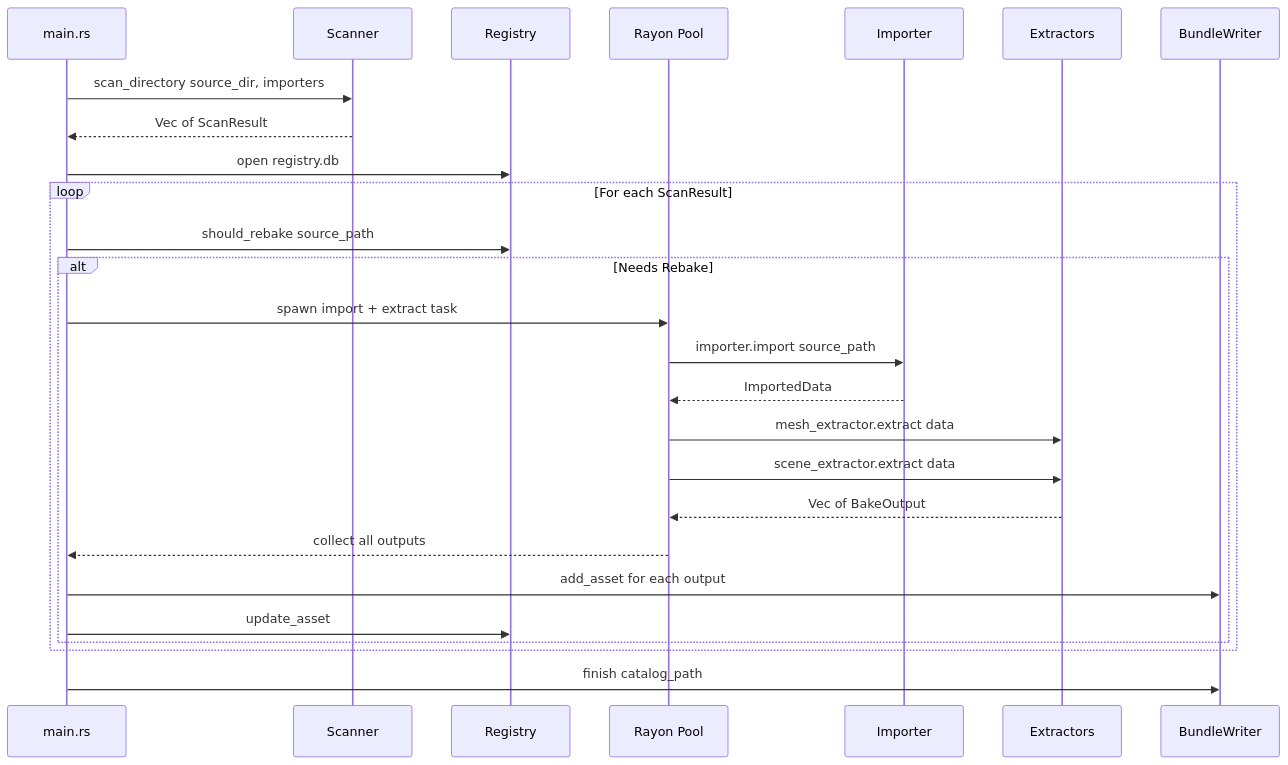
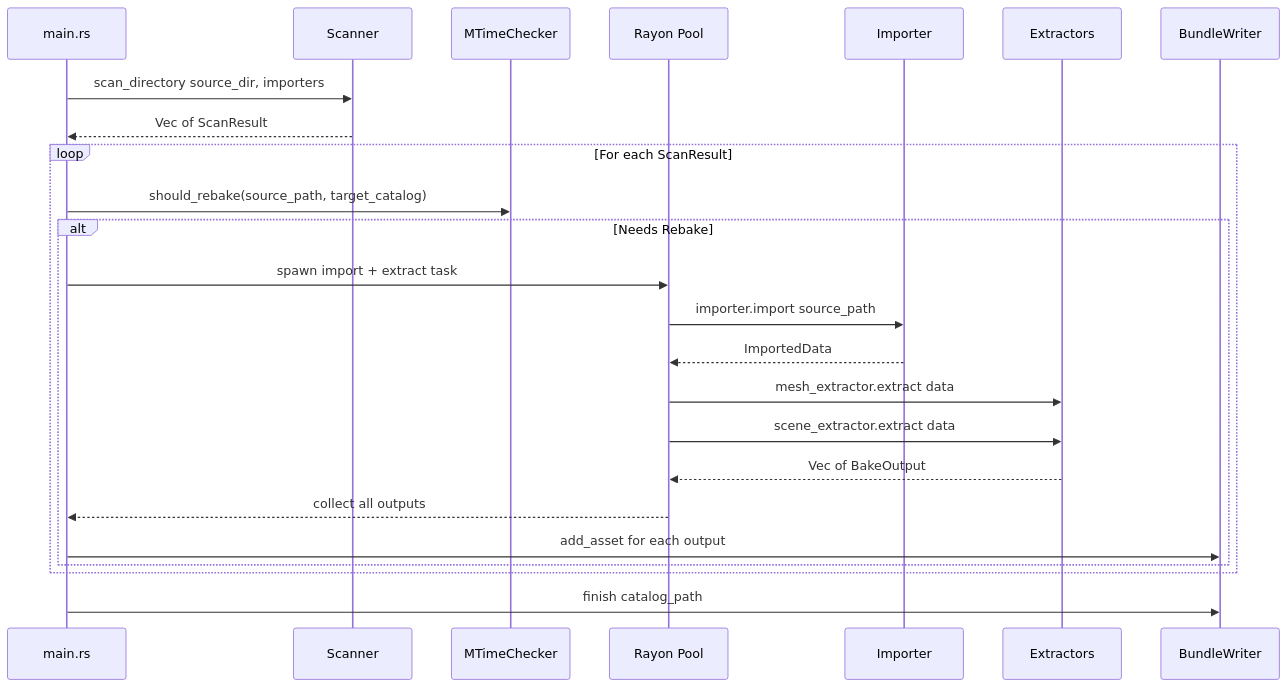
One commit to doomtr666/i3 changed the fourth of 9 diagrams in doc/baker_design.md. Above: the diagram before and after it, drawn with Mermaid. The commit also changed other lines of this file and 7 other files, not shown here.

````diff
--- a/doc/baker_design.md
+++ b/doc/baker_design.md
@@ -511,32 +511,29 @@
 ```mermaid
 sequenceDiagram
     participant CLI as main.rs
     participant Scan as Scanner
-    participant Reg as Registry
+    participant MTime as MTimeChecker
     participant Pool as Rayon Pool
     participant Imp as Importer
     participant Ext as Extractors
     participant Writer as BundleWriter
 
     CLI->>Scan: scan_directory source_dir, importers
     Scan-->>CLI: Vec of ScanResult
 
-    CLI->>Reg: open registry.db
-
     loop For each ScanResult
-        CLI->>Reg: should_rebake source_path
+        CLI->>MTime: should_rebake(source_path, target_catalog)
         alt Needs Rebake
             CLI->>Pool: spawn import + extract task
             Pool->>Imp: importer.import source_path
             Imp-->>Pool: ImportedData
             Pool->>Ext: mesh_extractor.extract data
             Pool->>Ext: scene_extractor.extract data
             Ext-->>Pool: Vec of BakeOutput
             Pool-->>CLI: collect all outputs
             CLI->>Writer: add_asset for each output
-            CLI->>Reg: update_asset
         end
     end
 
     CLI->>Writer: finish catalog_path
 ```
````
